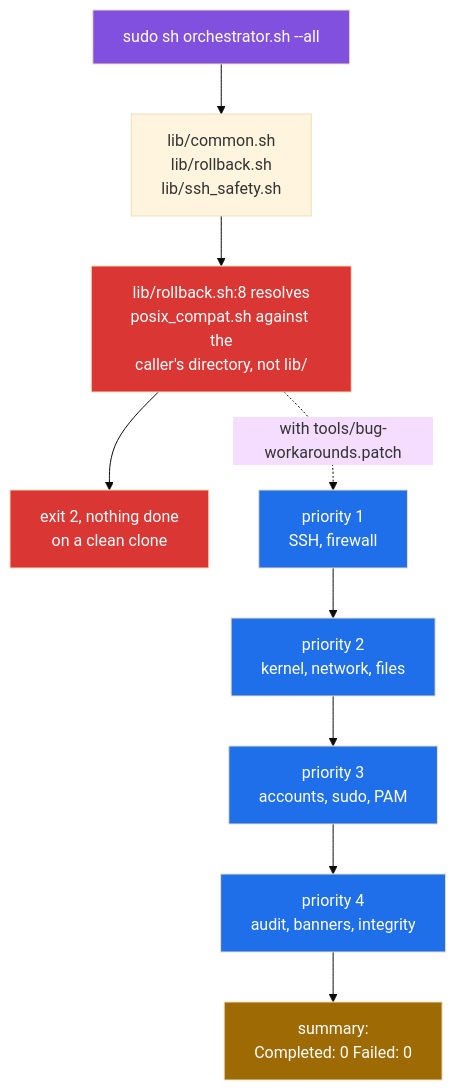
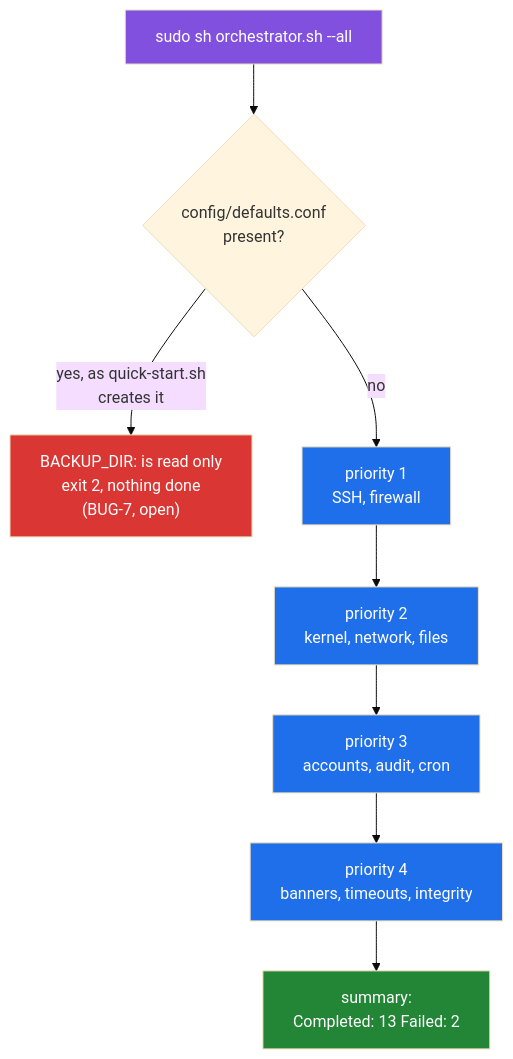
One commit to Bissbert/POSIX-hardening changed the first of 2 diagrams in README.md. Above: the diagram before and after it, drawn with Mermaid (base theme). The commit also changed other lines of this file and 35 other files, not shown here.

````diff
--- a/README.md
+++ b/README.md
@@ -21,21 +13,18 @@
 ```mermaid
 flowchart TD
-    START["sudo sh orchestrator.sh --all"] --> L["lib/common.sh<br/>lib/rollback.sh<br/>lib/ssh_safety.sh"]
-    L --> BUG1["lib/rollback.sh:8 resolves<br/>posix_compat.sh against the<br/>caller's directory, not lib/"]
-    BUG1 --> EXIT["exit 2, nothing done<br/>on a clean clone"]
-
-    BUG1 -. "with tools/bug-workarounds.patch" .-> P1["priority 1<br/>SSH, firewall"]
+    START["sudo sh orchestrator.sh --all"] --> CFG{"config/defaults.conf<br/>present?"}
+    CFG -- "yes, as quick-start.sh<br/>creates it" --> RO["BACKUP_DIR: is read only<br/>exit 2, nothing done<br/>(BUG-7, open)"]
+    CFG -- no --> P1["priority 1<br/>SSH, firewall"]
     P1 --> P2["priority 2<br/>kernel, network, files"]
-    P2 --> P3["priority 3<br/>accounts, sudo, PAM"]
-    P3 --> P4["priority 4<br/>audit, banners, integrity"]
-    P4 --> SUM["summary:<br/>Completed: 0  Failed: 0"]
+    P2 --> P3["priority 3<br/>accounts, audit, cron"]
+    P3 --> P4["priority 4<br/>banners, timeouts, integrity"]
+    P4 --> SUM["summary:<br/>Completed: 13  Failed: 2"]
 
     style START fill:#8250df,color:#fff
-    style BUG1 fill:#da3633,color:#fff
-    style EXIT fill:#da3633,color:#fff
+    style RO fill:#da3633,color:#fff
     style P1 fill:#1f6feb,color:#fff
     style P2 fill:#1f6feb,color:#fff
     style P3 fill:#1f6feb,color:#fff
     style P4 fill:#1f6feb,color:#fff
-    style SUM fill:#9e6a03,color:#fff
+    style SUM fill:#238636,color:#fff
 ```
````
